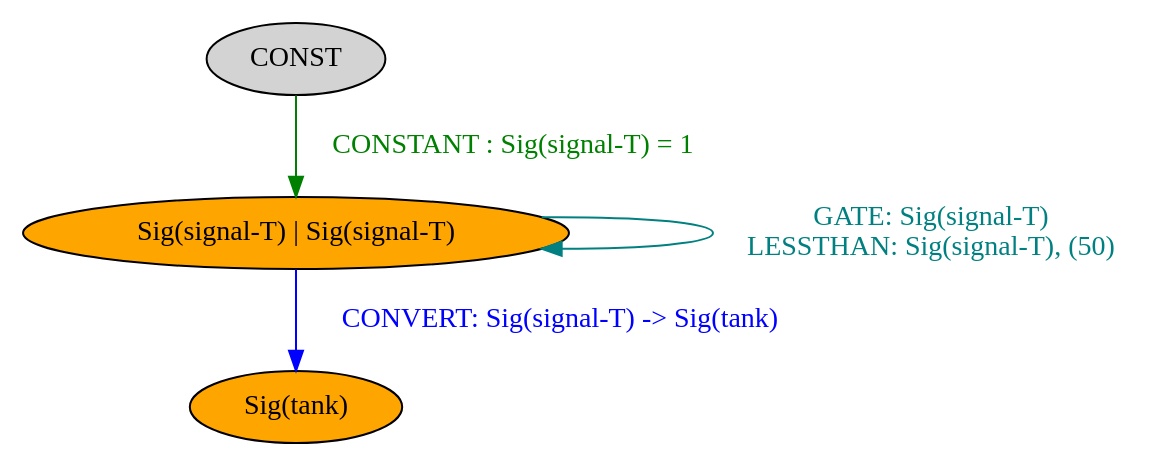
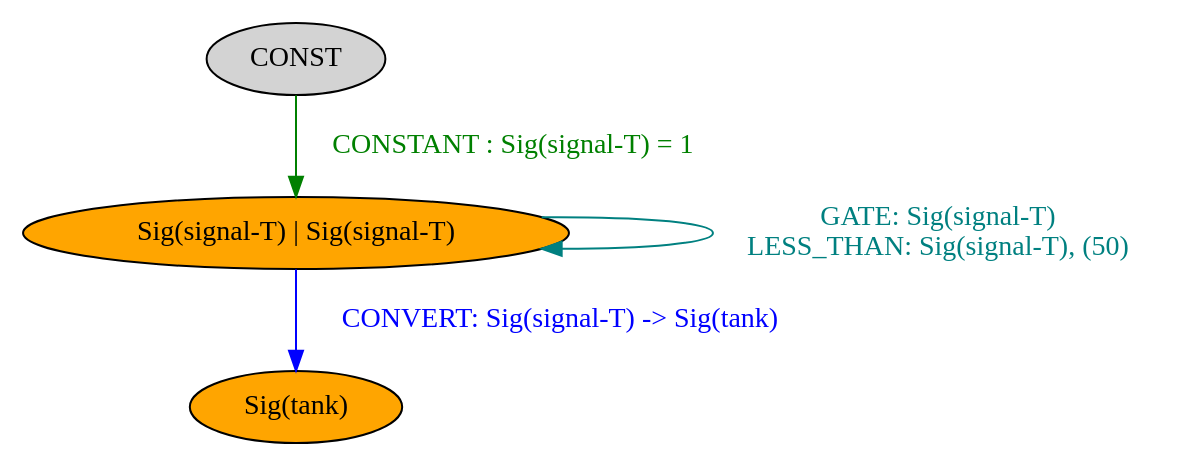
Before and after one commit to BalderHolst/chef: the diagram in chef-lang/examples/counter-def.output.dot, drawn with Graphviz. The commit also changed 5 other files, not shown here.

```diff
--- a/chef-lang/examples/counter-def.output.dot
+++ b/chef-lang/examples/counter-def.output.dot
@@ -1,10 +1,10 @@
 strict digraph {
 	nodesep=1
 	1	[style=filled fillcolor=orange label="Sig(signal-T) | Sig(signal-T)"]
 	3	[style=filled fillcolor=orange label="Sig(tank)"]
 	2	[style=filled fillcolor=lightgray label="CONST"]
 	1 -> 1	[label="GATE: Sig(signal-T)
-LESSTHAN: Sig(signal-T), (50)" color=teal fontcolor=teal]
+LESS_THAN: Sig(signal-T), (50)" color=teal fontcolor=teal]
 	1 -> 3	[label="CONVERT: Sig(signal-T) -> Sig(tank)" color=blue fontcolor=blue]
 	2 -> 1	[label="CONSTANT : Sig(signal-T) = 1" color=green fontcolor=green]
 }
```
